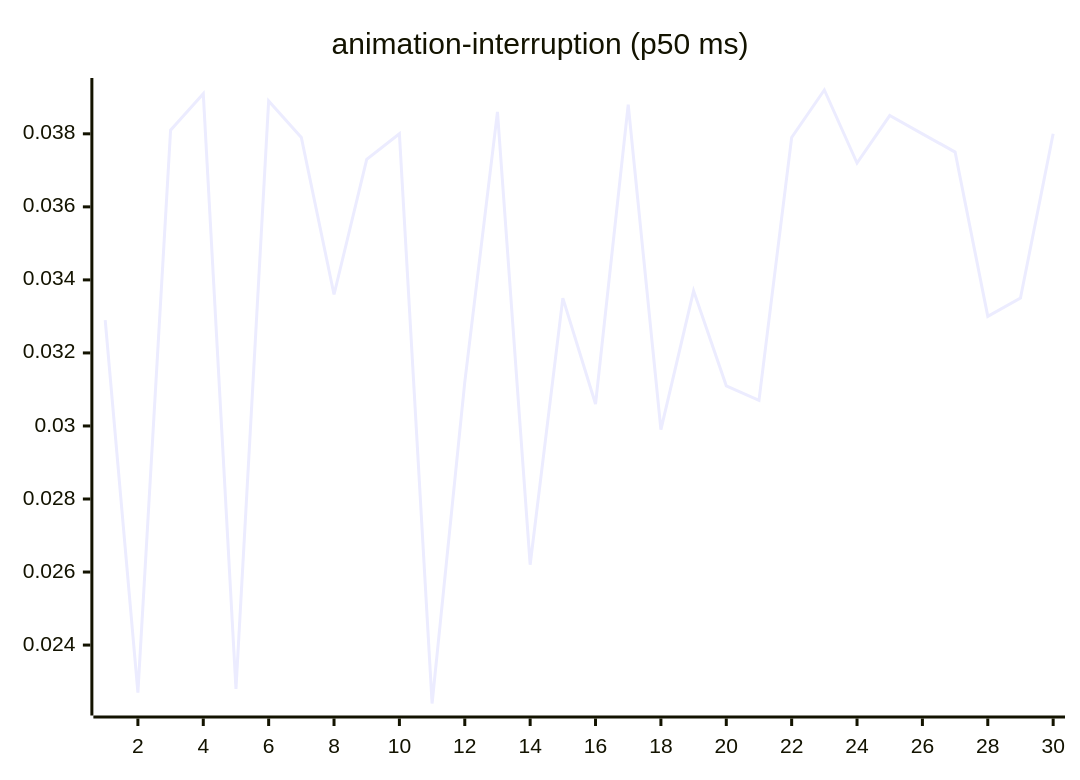
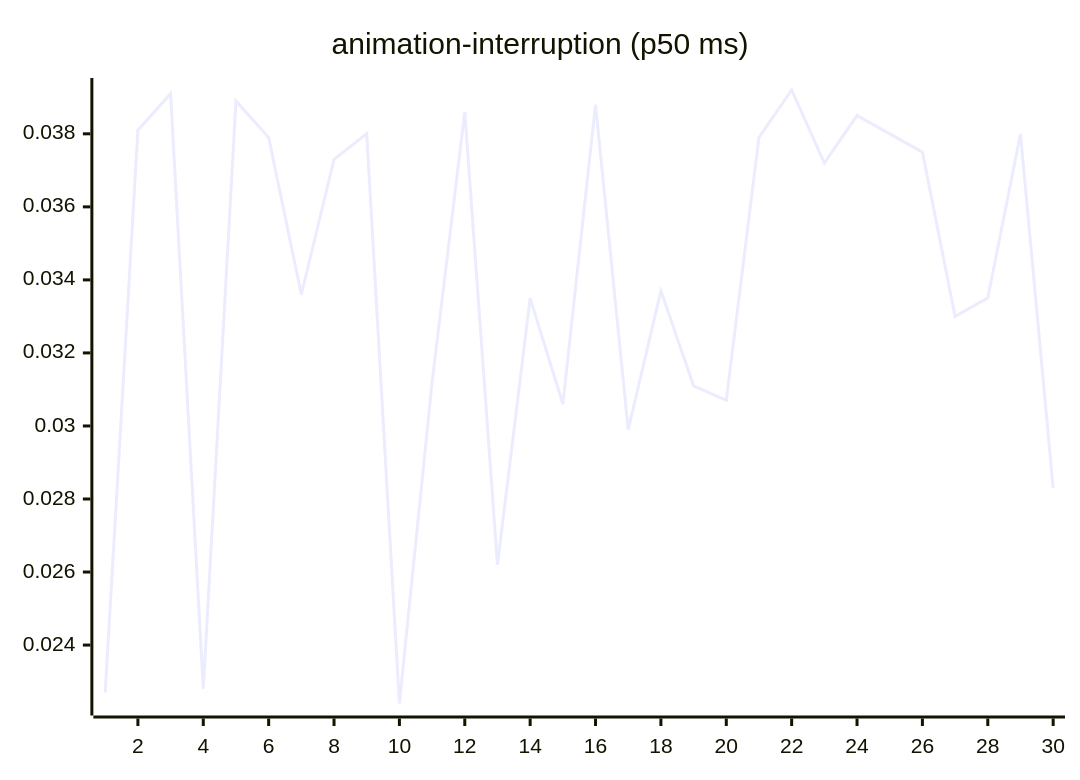
One commit to josha/Facet changed the third of 27 diagrams in README.md. Above: the diagram before and after it, drawn with Mermaid. The commit also changed other lines of this file and 2 other files, not shown here.

````diff
--- a/README.md
+++ b/README.md
@@ -77,6 +77,6 @@
 ```mermaid
 xychart-beta
     title "animation-interruption (p50 ms)"
     x-axis 1 --> 30
-    line [0.0329, 0.0227, 0.0381, 0.0391, 0.0228, 0.0389, 0.0379, 0.0336, 0.0373, 0.0380, 0.0224, 0.0312, 0.0386, 0.0262, 0.0335, 0.0306, 0.0388, 0.0299, 0.0337, 0.0311, 0.0307, 0.0379, 0.0392, 0.0372, 0.0385, 0.0380, 0.0375, 0.0330, 0.0335, 0.0380]
+    line [0.0227, 0.0381, 0.0391, 0.0228, 0.0389, 0.0379, 0.0336, 0.0373, 0.0380, 0.0224, 0.0312, 0.0386, 0.0262, 0.0335, 0.0306, 0.0388, 0.0299, 0.0337, 0.0311, 0.0307, 0.0379, 0.0392, 0.0372, 0.0385, 0.0380, 0.0375, 0.0330, 0.0335, 0.0380, 0.0283]
 ```
````
